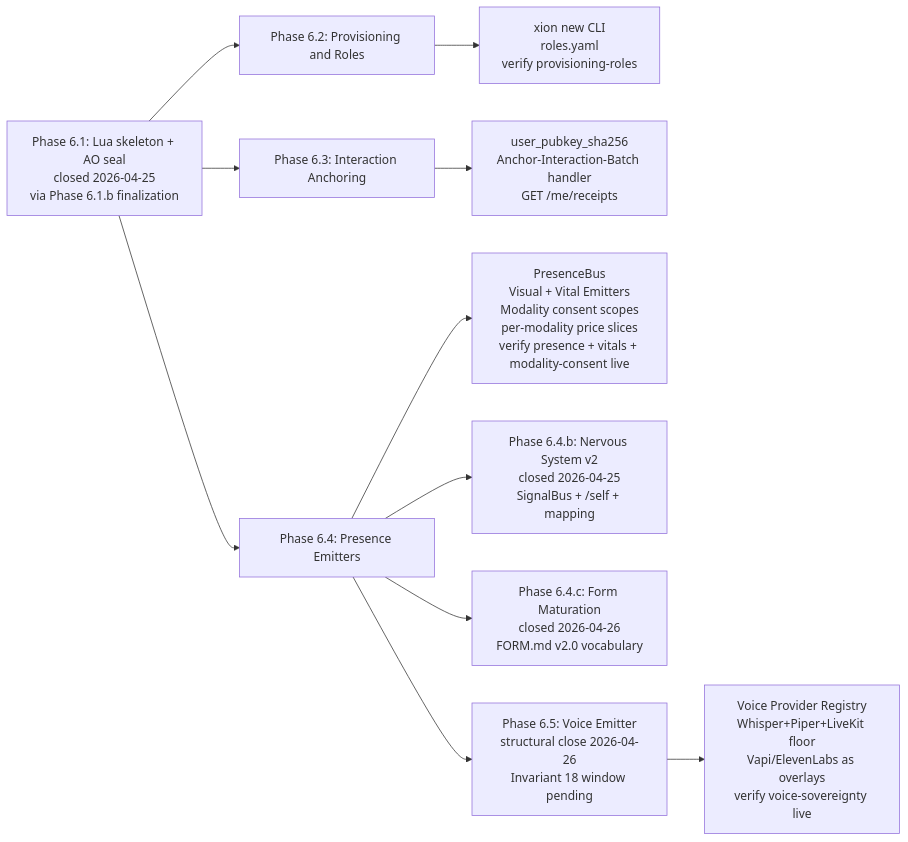
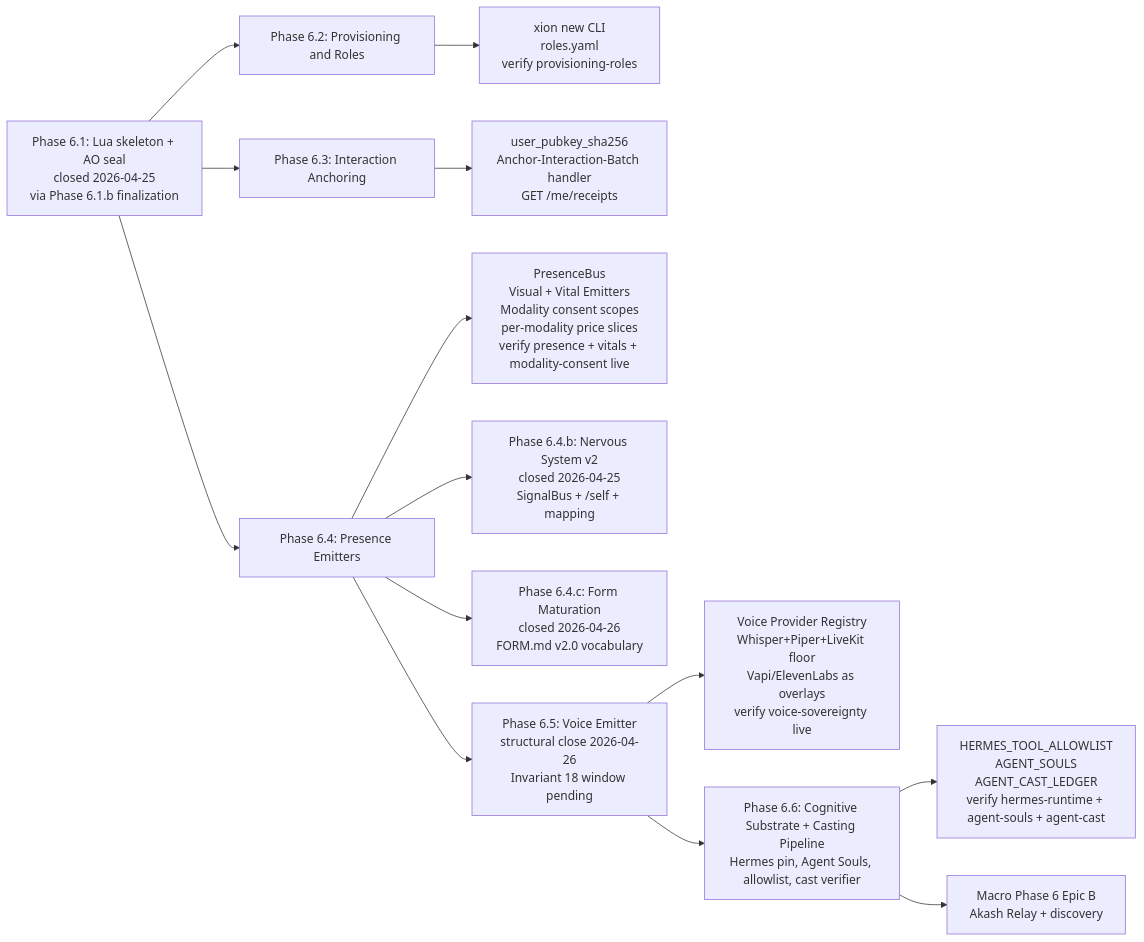
One commit to nik190799/xion changed the first of 2 diagrams in DEVELOPMENT_ROADMAP.md. Above: the diagram before and after it, drawn with Mermaid. The commit also changed other lines of this file and 11 other files, not shown here.

First line of the commit message:
docs: Phase 6.6 Cognitive Substrate, casting, and lexicon

````diff
--- a/DEVELOPMENT_ROADMAP.md
+++ b/DEVELOPMENT_ROADMAP.md
@@ -28,13 +28,16 @@
 ```mermaid
 flowchart LR
   P6_1[Phase 6.1: Lua skeleton + AO seal<br/>closed 2026-04-25<br/>via Phase 6.1.b finalization] --> P6_2[Phase 6.2: Provisioning and Roles]
   P6_1 --> P6_3[Phase 6.3: Interaction Anchoring]
   P6_1 --> P6_4[Phase 6.4: Presence Emitters]
   P6_2 --> P6_2_done[xion new CLI<br/>roles.yaml<br/>verify provisioning-roles]
   P6_3 --> P6_3_done[user_pubkey_sha256<br/>Anchor-Interaction-Batch handler<br/>GET /me/receipts]
   P6_4 --> P6_4_done[PresenceBus<br/>Visual + Vital Emitters<br/>Modality consent scopes<br/>per-modality price slices<br/>verify presence + vitals + modality-consent live]
   P6_4 --> P6_4b[Phase 6.4.b: Nervous System v2<br/>closed 2026-04-25<br/>SignalBus + /self + mapping]
   P6_4 --> P6_4c[Phase 6.4.c: Form Maturation<br/>closed 2026-04-26<br/>FORM.md v2.0 vocabulary]
   P6_4 --> P6_5[Phase 6.5: Voice Emitter<br/>structural close 2026-04-26<br/>Invariant 18 window pending]
   P6_5 --> P6_5_done["Voice Provider Registry<br/>Whisper+Piper+LiveKit floor<br/>Vapi/ElevenLabs as overlays<br/>verify voice-sovereignty live"]
+  P6_5 --> P6_6[Phase 6.6: Cognitive Substrate + Casting Pipeline<br/>Hermes pin, Agent Souls, allowlist, cast verifier]
+  P6_6 --> P6_6_done["HERMES_TOOL_ALLOWLIST<br/>AGENT_SOULS<br/>AGENT_CAST_LEDGER<br/>verify hermes-runtime + agent-souls + agent-cast"]
+  P6_6 --> MACRO_B[Macro Phase 6 Epic B<br/>Akash Relay + discovery]
 ```
````
